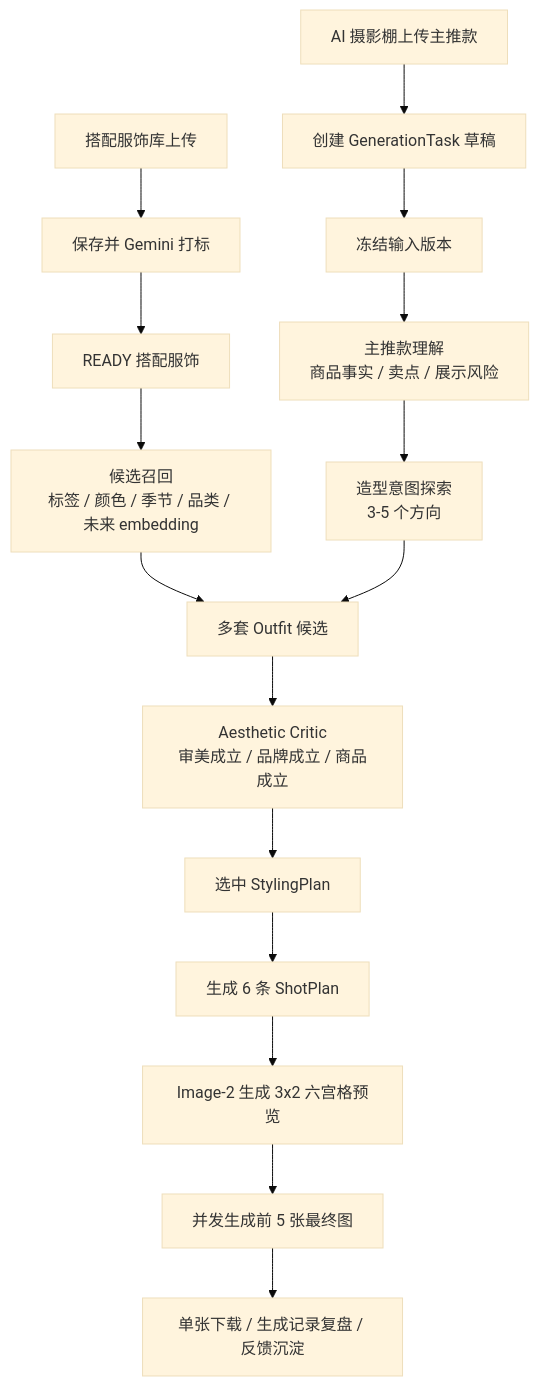
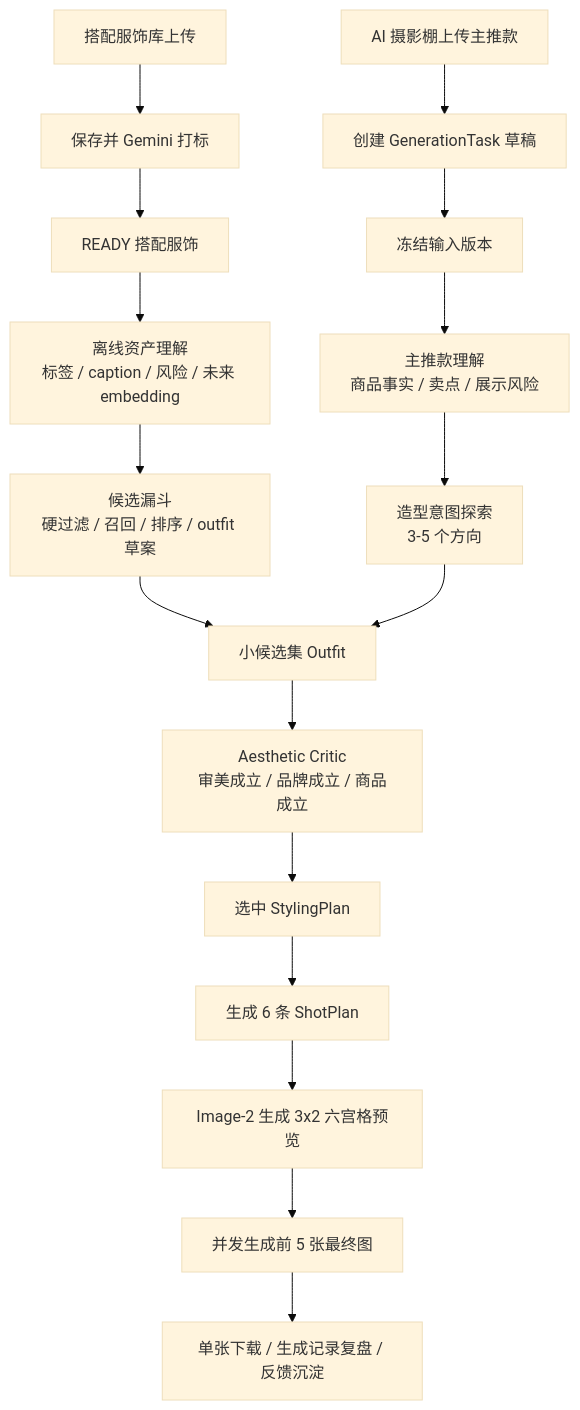
One commit to happyvchen/ruyi-dream changed the diagram in design/01_generation_flow/generation_flow.md. Above: the diagram before and after it, drawn with Mermaid (base theme). The commit also changed other lines of this file and 14 other files, not shown here.

````diff
--- a/design/01_generation_flow/generation_flow.md
+++ b/design/01_generation_flow/generation_flow.md
@@ -7,18 +7,19 @@
 ```mermaid
 flowchart TD
   A["搭配服饰库上传"] --> B["保存并 Gemini 打标"]
   B --> C["READY 搭配服饰"]
   D["AI 摄影棚上传主推款"] --> E["创建 GenerationTask 草稿"]
   E --> F["冻结输入版本"]
-  C --> G["候选召回<br/>标签 / 颜色 / 季节 / 品类 / 未来 embedding"]
+  C --> Q["离线资产理解<br/>标签 / caption / 风险 / 未来 embedding"]
+  Q --> G["候选漏斗<br/>硬过滤 / 召回 / 排序 / outfit 草案"]
   F --> H["主推款理解<br/>商品事实 / 卖点 / 展示风险"]
   H --> I["造型意图探索<br/>3-5 个方向"]
-  G --> J["多套 Outfit 候选"]
+  G --> J["小候选集 Outfit"]
   I --> J
   J --> K["Aesthetic Critic<br/>审美成立 / 品牌成立 / 商品成立"]
   K --> L["选中 StylingPlan"]
   L --> M["生成 6 条 ShotPlan"]
   M --> N["Image-2 生成 3x2 六宫格预览"]
   N --> O["并发生成前 5 张最终图"]
   O --> P["单张下载 / 生成记录复盘 / 反馈沉淀"]
 ```
````
